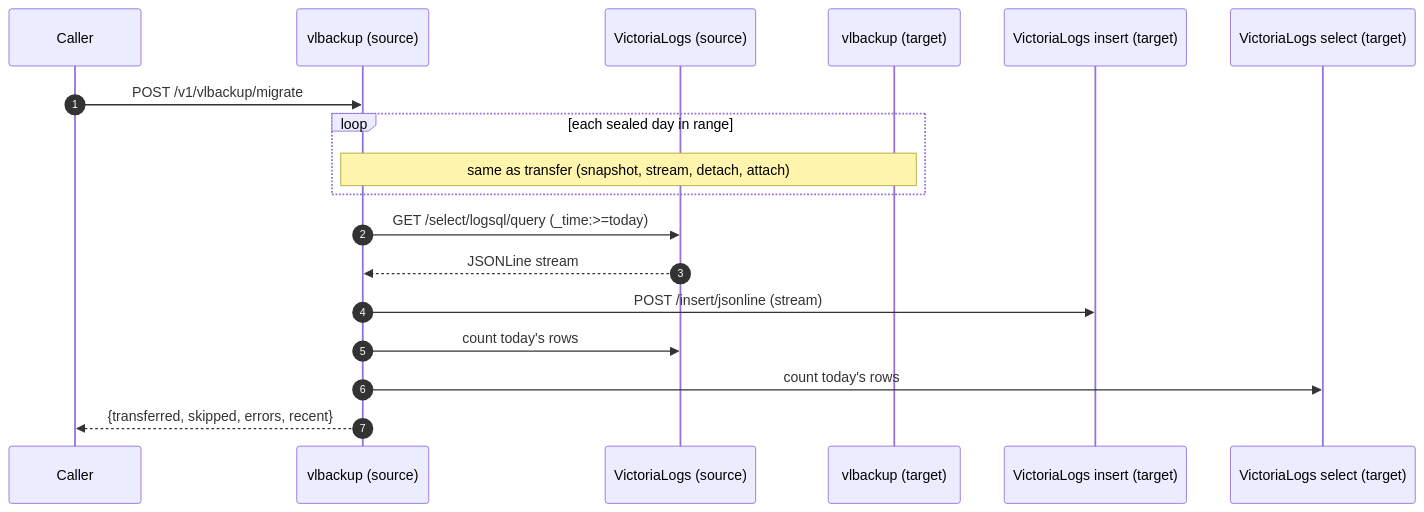
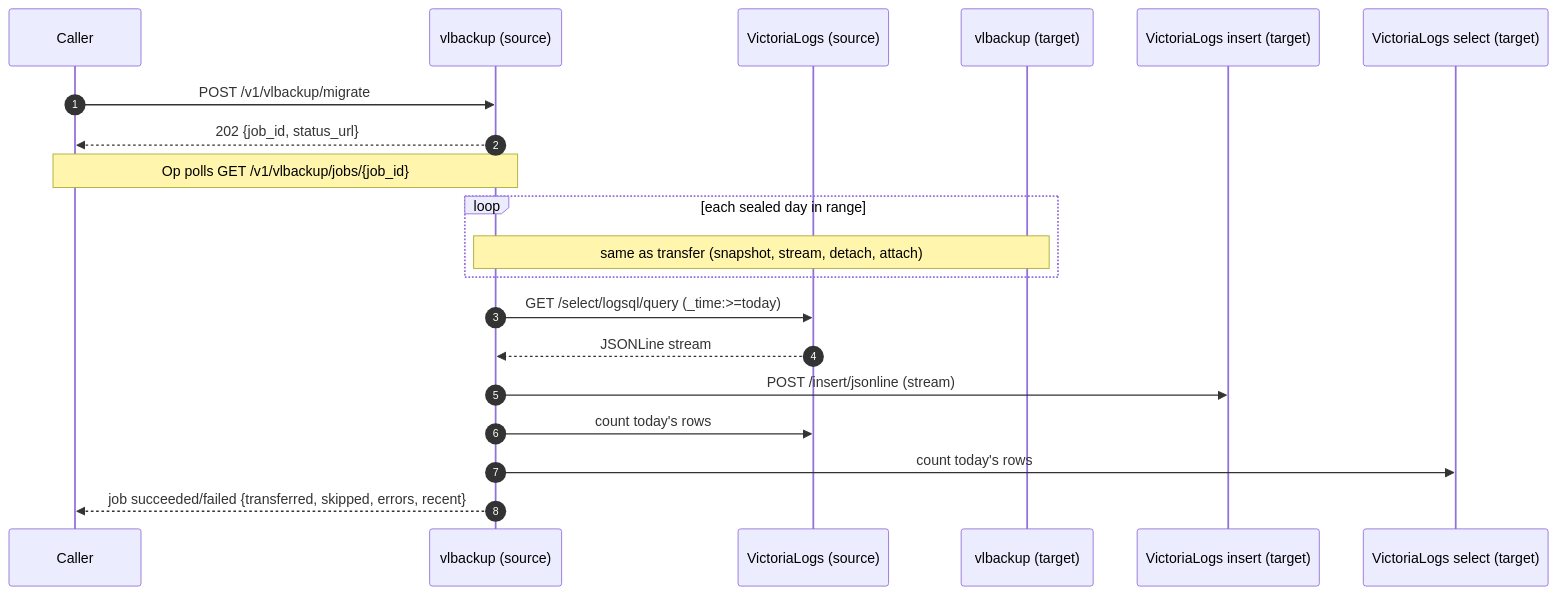
Before and after one commit to sbordeyne/vlbackup: the diagram in docs/user-guide/partition-migrate.md, drawn with Mermaid. The commit also changed other lines of this file and 23 other files, not shown here.

````diff
--- a/docs/user-guide/partition-migrate.md
+++ b/docs/user-guide/partition-migrate.md
@@ -11,21 +11,23 @@
 ```mermaid
 sequenceDiagram
     autonumber
     participant Op as Caller
     participant Src as vlbackup (source)
     participant SrcVL as VictoriaLogs (source)
     participant Tgt as vlbackup (target)
     participant TgtIns as VictoriaLogs insert (target)
     participant TgtSel as VictoriaLogs select (target)
 
     Op->>Src: POST /v1/vlbackup/migrate
+    Src-->>Op: 202 {job_id, status_url}
+    Note over Op,Src: Op polls GET /v1/vlbackup/jobs/{job_id}
     loop each sealed day in range
         Note over Src,Tgt: same as transfer (snapshot, stream, detach, attach)
     end
     Src->>SrcVL: GET /select/logsql/query (_time:>=today)
     SrcVL-->>Src: JSONLine stream
     Src->>TgtIns: POST /insert/jsonline (stream)
     Src->>SrcVL: count today's rows
     Src->>TgtSel: count today's rows
-    Src-->>Op: {transferred, skipped, errors, recent}
+    Src-->>Op: job succeeded/failed {transferred, skipped, errors, recent}
 ```
````
